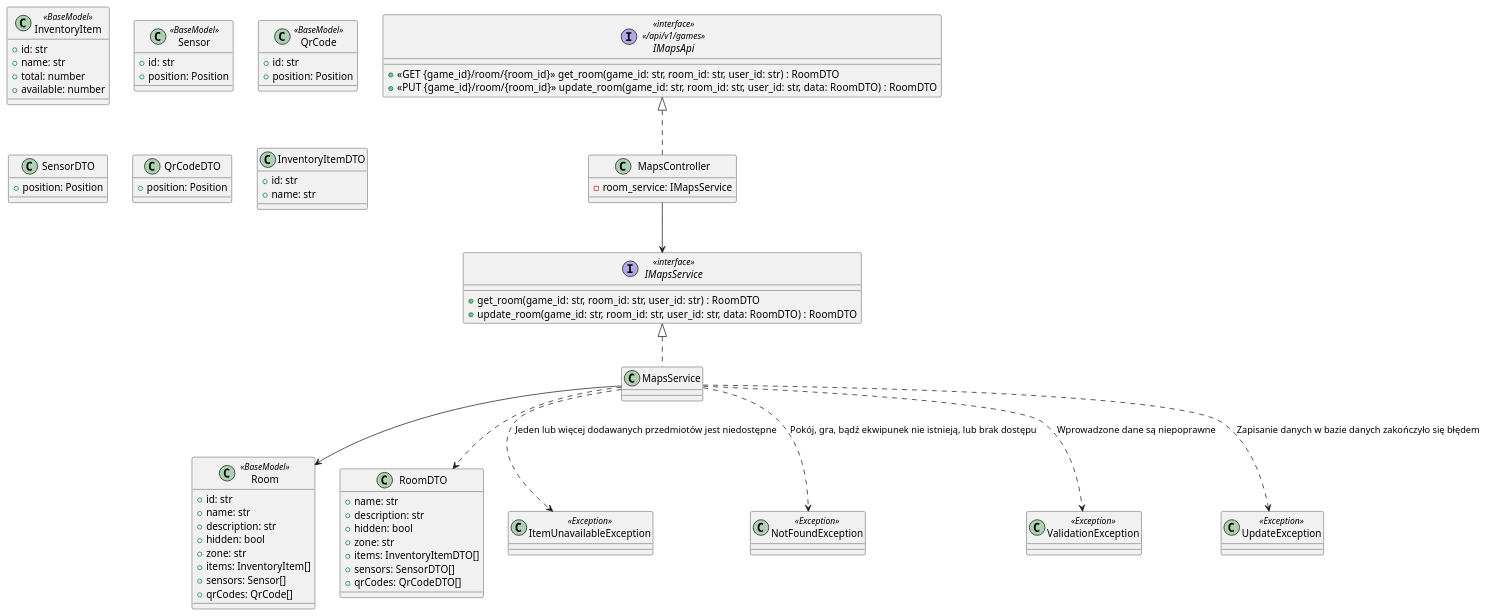
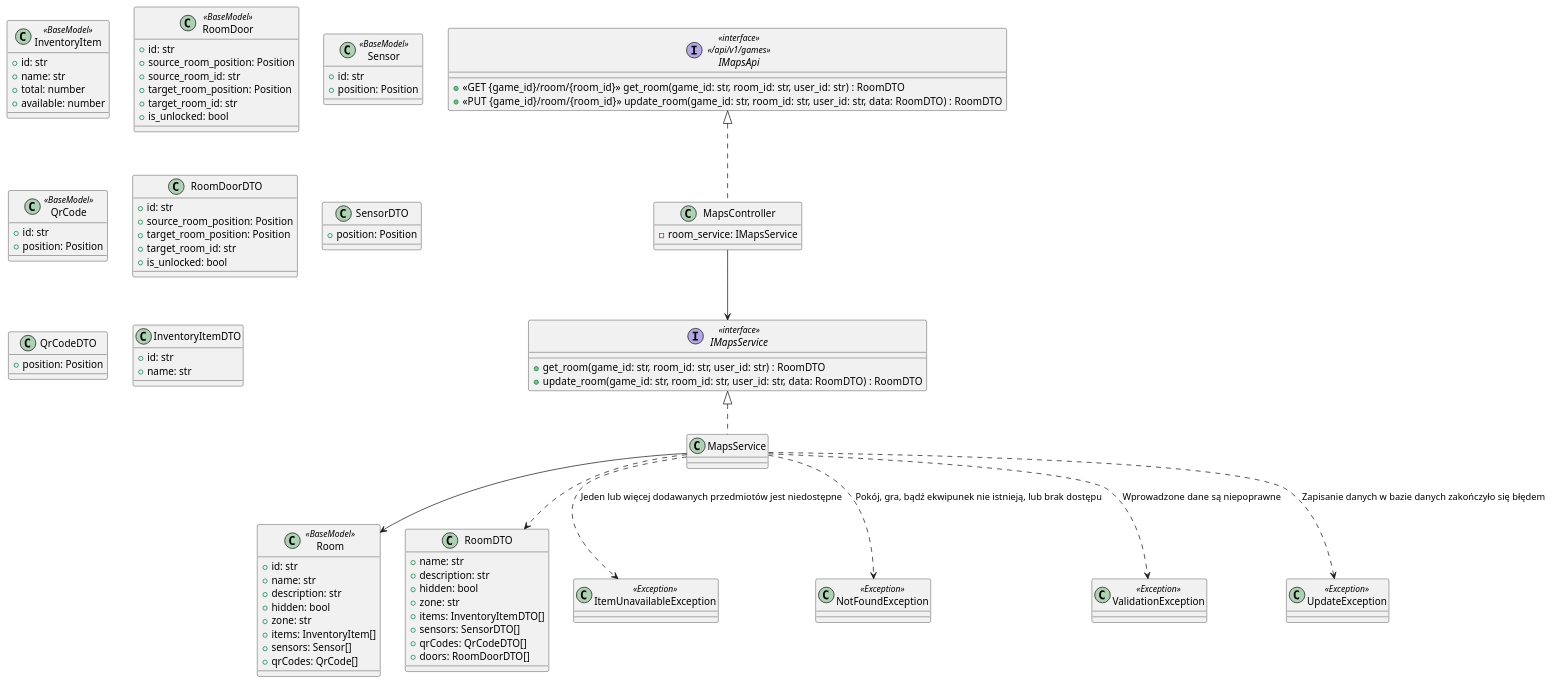
One commit to Igor-Ochocki/POP-2026Z changed the diagram in diagrams/backend/room-edit.md. Above: the diagram before and after it, drawn with PlantUML.

Commit message:
Dodano przejścia

```diff
--- a/diagrams/backend/room-edit.md
+++ b/diagrams/backend/room-edit.md
@@ -36,6 +36,15 @@
     + available: number
 }
 
+class RoomDoor <<BaseModel>> {
+    + id: str
+    + source_room_position: Position
+    + source_room_id: str
+    + target_room_position: Position
+    + target_room_id: str
+    + is_unlocked: bool
+}
+
 class Sensor <<BaseModel>> {
     + id: str
     + position: Position
@@ -46,6 +55,13 @@
     + position: Position
     }
 
+class RoomDoorDTO {
+    + id: str
+    + source_room_position: Position
+    + target_room_position: Position
+    + target_room_id: str
+    + is_unlocked: bool
+}
 
 class RoomDTO {
     + name: str
@@ -55,6 +71,7 @@
     + items: InventoryItemDTO[]
     + sensors: SensorDTO[]
     + qrCodes: QrCodeDTO[]
+    + doors: RoomDoorDTO[]
 }
 
 
```
